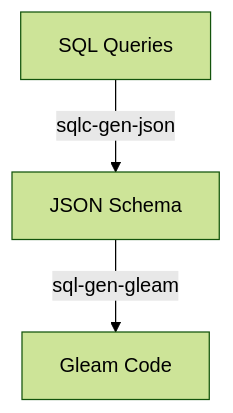
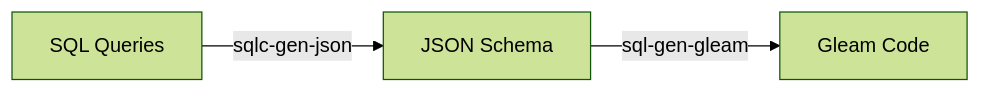
The diagram in README.md (daniellionel01/parrot), drawn with Mermaid (forest theme) before and after one commit.

Commit message:
make diagram LR

````diff
--- a/README.md
+++ b/README.md
@@ -16,5 +16,5 @@
 ```mermaid
-graph TD
+graph LR
     SQL[SQL Queries] -- sqlc-gen-json --> JSON[JSON Schema]
     JSON -- sql-gen-gleam --> Gleam[Gleam Code]
 ```
````
